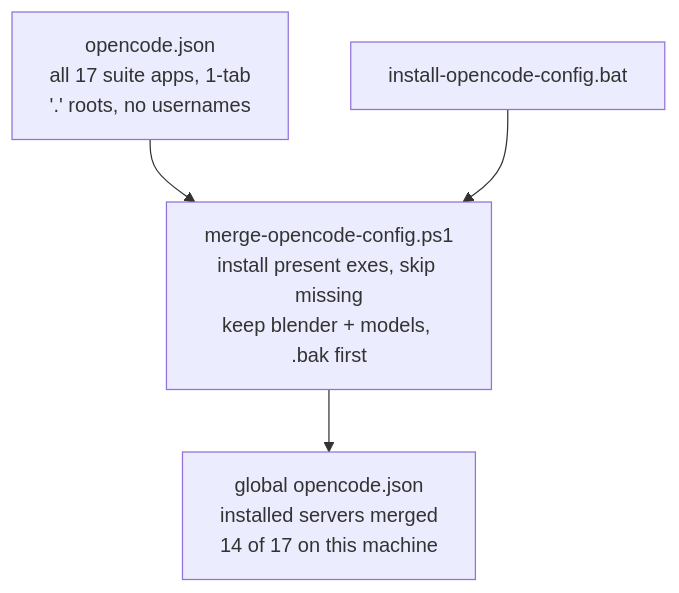
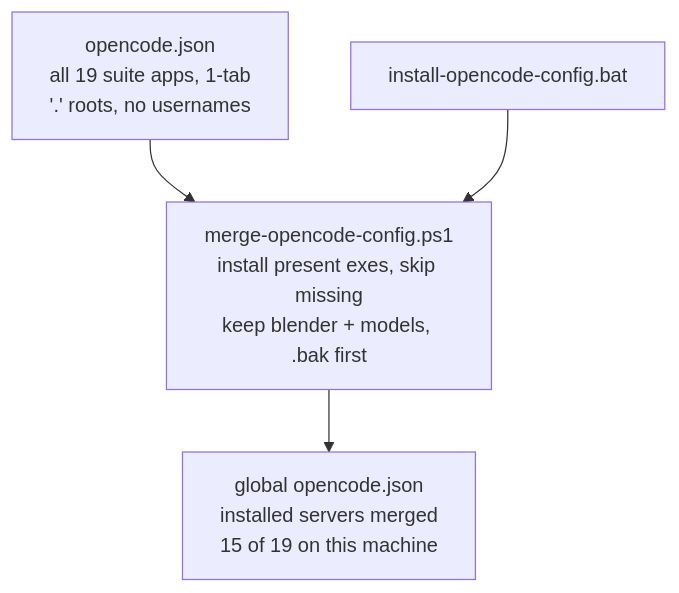
One commit to xevilmaxx/ArtCraftMCP changed the first of 3 diagrams in README.md. Above: the diagram before and after it, drawn with Mermaid. The commit also changed other lines of this file and 2 other files, not shown here.

````diff
--- a/README.md
+++ b/README.md
@@ -20,10 +20,10 @@
 ```mermaid
 flowchart TB
-    TPL["opencode.json\nall 17 suite apps, 1-tab\n'.' roots, no usernames"]
+    TPL["opencode.json\nall 19 suite apps, 1-tab\n'.' roots, no usernames"]
     BAT["install-opencode-config.bat"]
     PS1["merge-opencode-config.ps1\ninstall present exes, skip missing\nkeep blender + models, .bak first"]
-    GLB["global opencode.json\ninstalled servers merged\n14 of 17 on this machine"]
+    GLB["global opencode.json\ninstalled servers merged\n15 of 19 on this machine"]
     TPL --> PS1
     BAT --> PS1
     PS1 --> GLB
 ```
````
